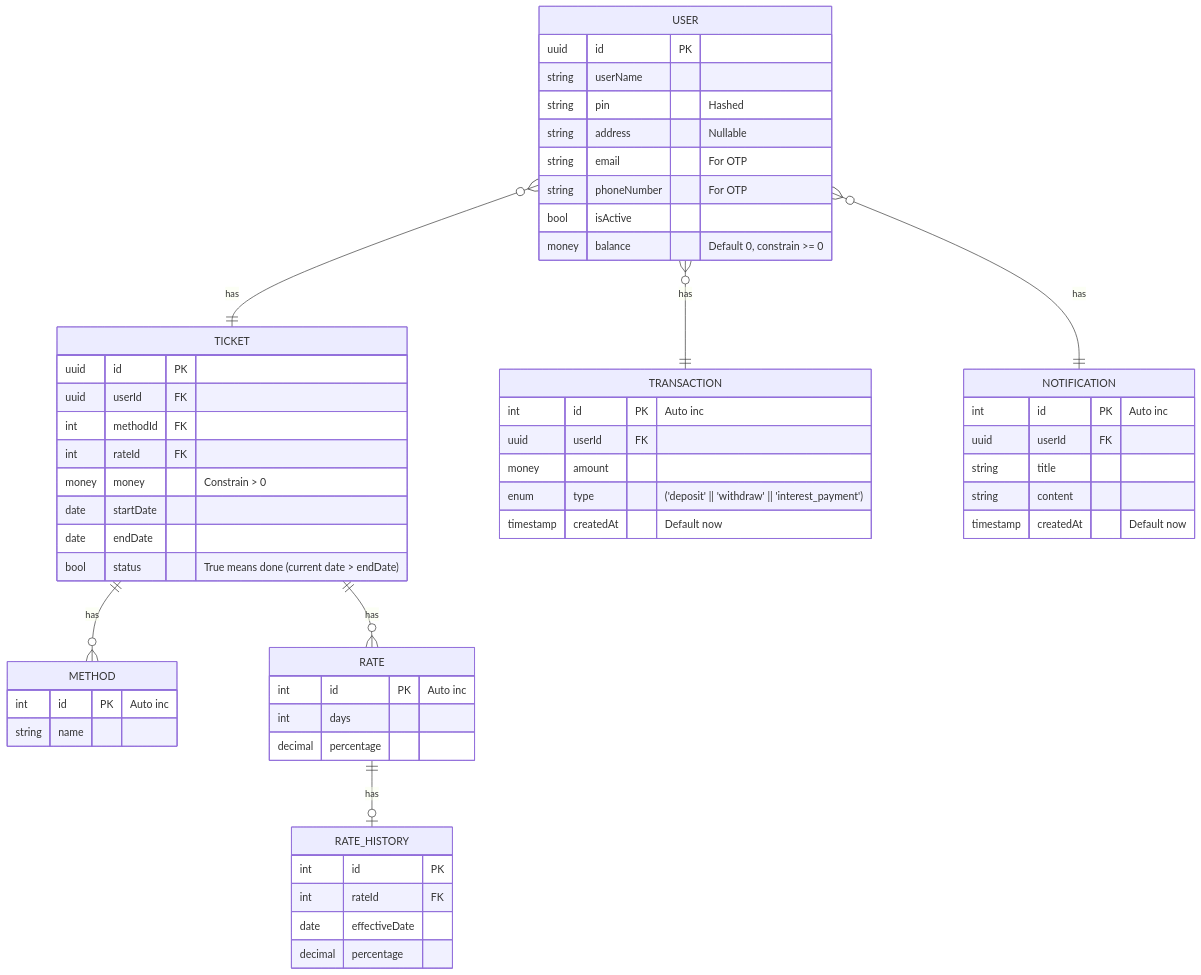
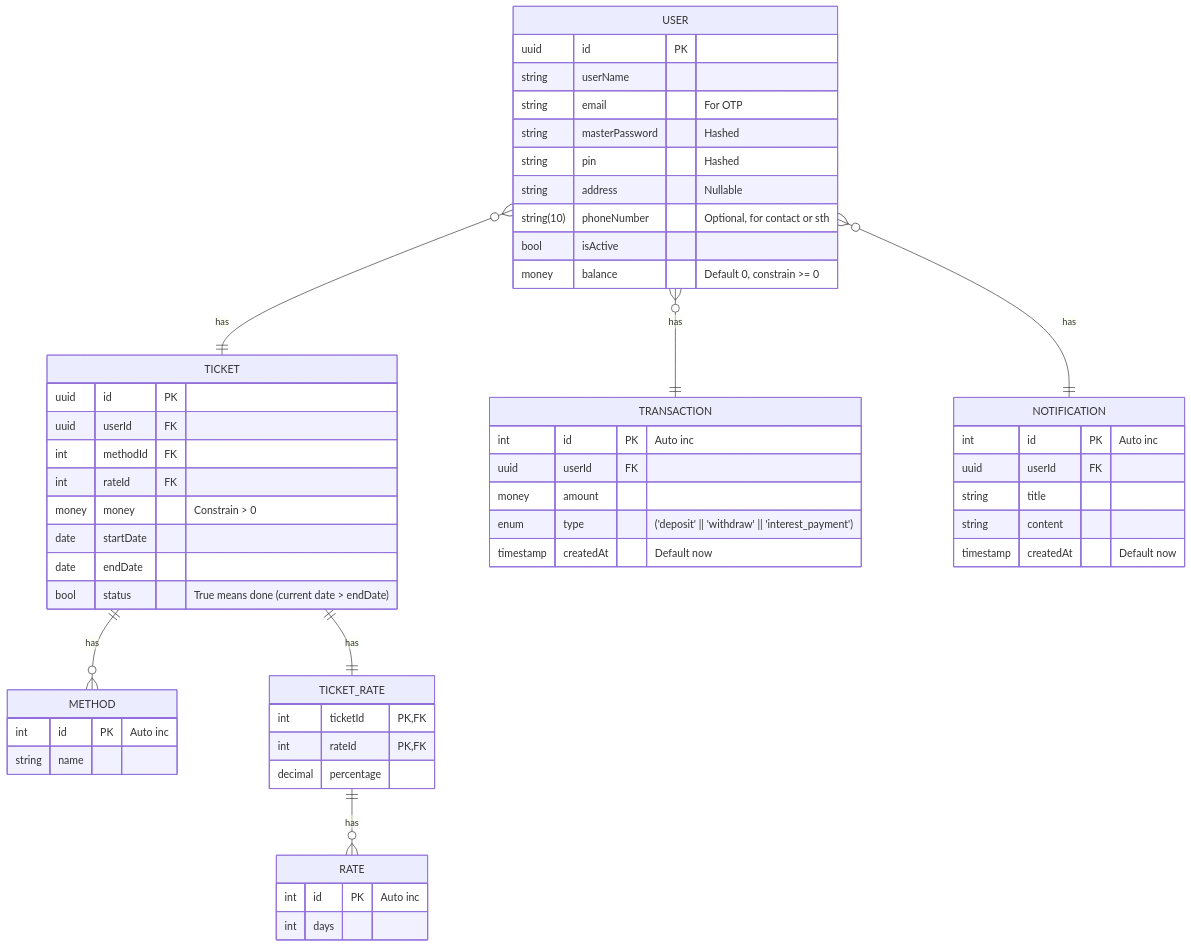
One commit to coinhub-uit/.github changed the first of 2 diagrams in profile/README.md. Above: the diagram before and after it, drawn with Mermaid.

````diff
--- a/profile/README.md
+++ b/profile/README.md
@@ -15,66 +15,66 @@
 ```mermaid
 erDiagram
   USER {
     uuid id PK
     string userName
+    string email "For OTP"
+    string masterPassword "Hashed"
     string pin "Hashed"
     string address "Nullable"
-    string email "For OTP"
-    string phoneNumber "For OTP"
+    string(10) phoneNumber "Optional, for contact or sth"
+    %% For what??
     bool isActive
     money balance "Default 0, constrain >= 0"
   }
 
   METHOD {
     int id PK "Auto inc"
     string name
   }
 
   RATE {
     int id PK "Auto inc"
     int days
-    decimal percentage
   }
 
   TICKET {
     uuid id PK
     uuid userId FK
     int methodId FK
     int rateId FK
     money money "Constrain > 0"
     date startDate
     date endDate
     %% or try calculating status by curDate and endDate maybe?
     bool status "True means done (current date > endDate)"
+  }
+
+  TICKET_RATE {
+    int ticketId PK,FK
+    int rateId PK,FK
+    decimal percentage
   }
 
   TRANSACTION {
     int id PK "Auto inc"
     uuid userId FK
     money amount
     enum type "('deposit' || 'withdraw' || 'interest_payment')"
     timestamp createdAt "Default now"
   }
 
   NOTIFICATION {
     int id PK "Auto inc"
     uuid userId FK
     string title
     string content
     timestamp createdAt "Default now"
   }
 
-  RATE_HISTORY {
-    int id PK
-    int rateId FK
-    date effectiveDate
-    decimal percentage
-  }
-
   USER }o--|| TICKET : has
   USER }o--|| TRANSACTION : has
   USER }o--|| NOTIFICATION : has
   TICKET ||--}o METHOD : has
-  TICKET ||--}o RATE : has
-  RATE ||--o| RATE_HISTORY : has
+  TICKET ||--|| TICKET_RATE : has
+  TICKET_RATE ||--}o RATE : has
 ```
````
